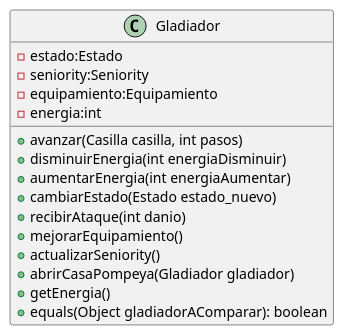
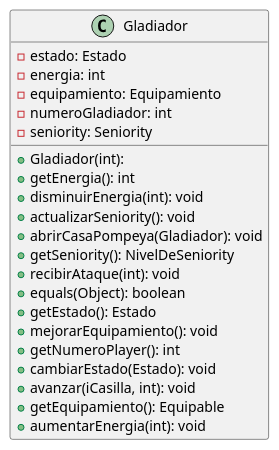
One commit to mcumskov/Algo3_tp2 changed the diagram in diagrams/clases/clase_gladiador.plantuml. Above: the diagram before and after it, drawn with PlantUML. The commit also changed 25 other files, not shown here.

Commit message:
actualizo mas diagramas

```diff
--- a/diagrams/clases/clase_gladiador.plantuml
+++ b/diagrams/clases/clase_gladiador.plantuml
@@ -1,18 +1,27 @@
 @startuml
-    class Gladiador {
-        - estado:Estado
-        - seniority:Seniority
-        - equipamiento:Equipamiento
-        - energia:int
-        + avanzar(Casilla casilla, int pasos)
-        + disminuirEnergia(int energiaDisminuir)
-        + aumentarEnergia(int energiaAumentar)
-        + cambiarEstado(Estado estado_nuevo)
-        + recibirAtaque(int danio)
-        + mejorarEquipamiento()
-        + actualizarSeniority()
-        + abrirCasaPompeya(Gladiador gladiador)
-        + getEnergia()
-        + equals(Object gladiadorAComparar): boolean
-    }
+skinparam linetype ortho
+
+class Gladiador {
+  + Gladiador(int):
+  - estado: Estado
+  - energia: int
+  - equipamiento: Equipamiento
+  - numeroGladiador: int
+  - seniority: Seniority
+  + getEnergia(): int
+  + disminuirEnergia(int): void
+  + actualizarSeniority(): void
+  + abrirCasaPompeya(Gladiador): void
+  + getSeniority(): NivelDeSeniority
+  + recibirAtaque(int): void
+  + equals(Object): boolean
+  + getEstado(): Estado
+  + mejorarEquipamiento(): void
+  + getNumeroPlayer(): int
+  + cambiarEstado(Estado): void
+  + avanzar(iCasilla, int): void
+  + getEquipamiento(): Equipable
+  + aumentarEnergia(int): void
+}
+
 @enduml
```
